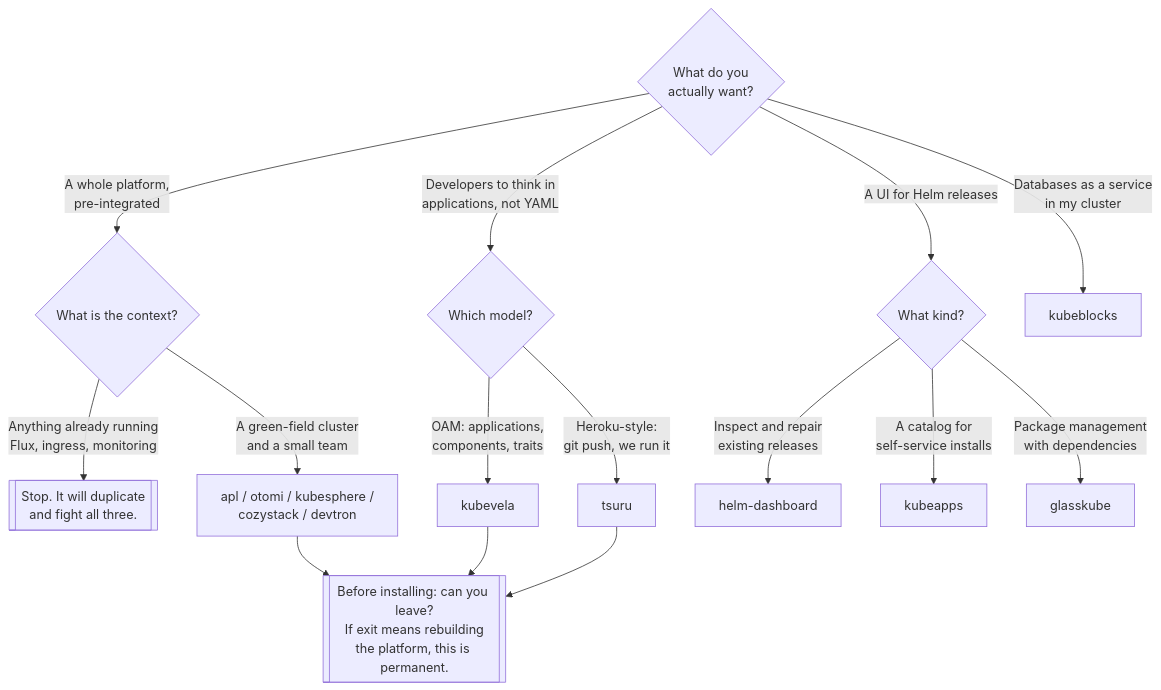
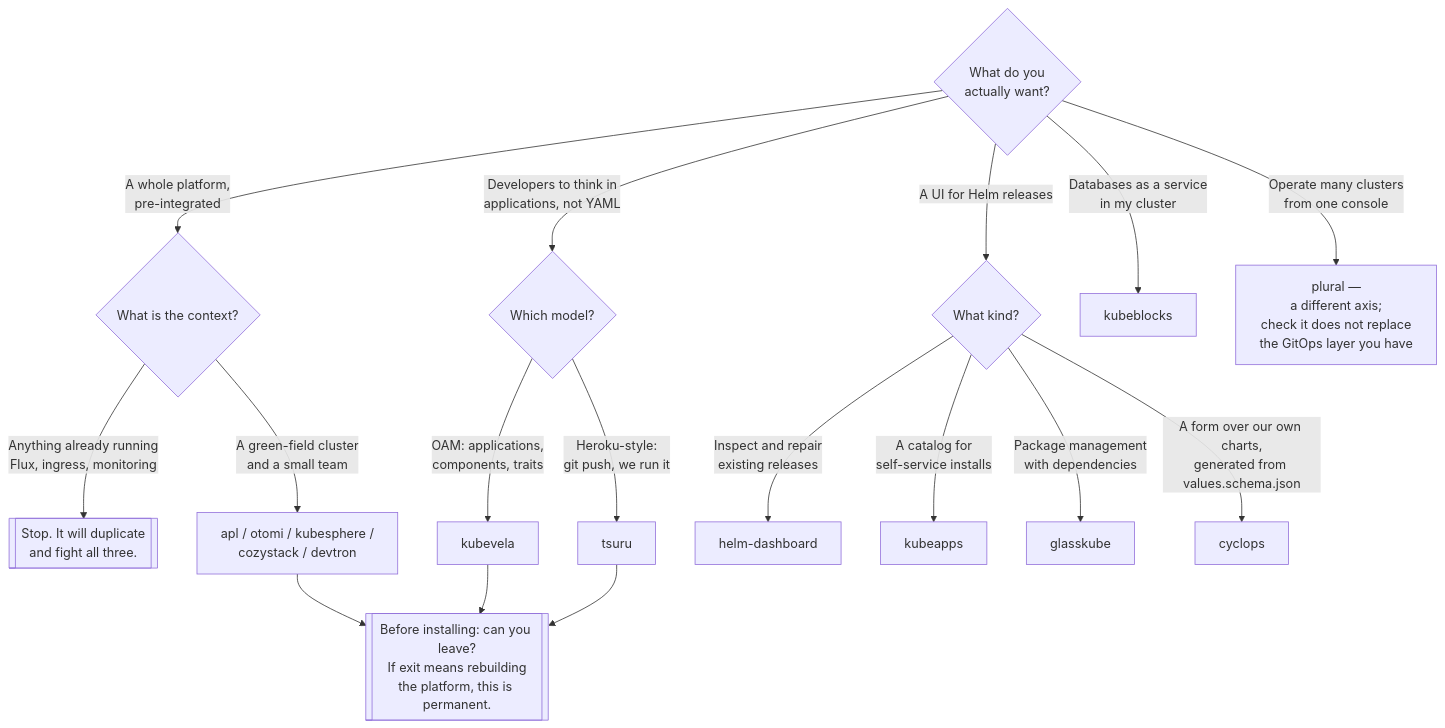
One commit to andreyolv/pikakube changed the diagram in infrastructure/platform-engineering/kubernetes/managed/platforms/README.md. Above: the diagram before and after it, drawn with Mermaid. The commit also changed other lines of this file and 32 other files, not shown here.

````diff
--- a/infrastructure/platform-engineering/kubernetes/managed/platforms/README.md
+++ b/infrastructure/platform-engineering/kubernetes/managed/platforms/README.md
@@ -79,24 +86,27 @@
 ```mermaid
 flowchart TD
     START{What do you<br/>actually want?}
 
     START -->|"A whole platform,<br/>pre-integrated"| FULL{What is the context?}
     START -->|"Developers to think in<br/>applications, not YAML"| ABS{Which model?}
     START -->|"A UI for Helm releases"| PKG{What kind?}
     START -->|"Databases as a service<br/>in my cluster"| KB["kubeblocks"]
 
     FULL -->|"Anything already running<br/>Flux, ingress, monitoring"| STOP[["Stop. It will duplicate<br/>and fight all three."]]
     FULL -->|"A green-field cluster<br/>and a small team"| PICK["apl / otomi / kubesphere /<br/>cozystack / devtron"]
 
     ABS -->|"OAM: applications,<br/>components, traits"| VELA["kubevela"]
     ABS -->|"Heroku-style:<br/>git push, we run it"| TSURU["tsuru"]
 
     PKG -->|"Inspect and repair<br/>existing releases"| HD["helm-dashboard"]
     PKG -->|"A catalog for<br/>self-service installs"| KA["kubeapps"]
     PKG -->|"Package management<br/>with dependencies"| GK["glasskube"]
+    PKG -->|"A form over our own charts,<br/>generated from values.schema.json"| CY["cyclops"]
+
+    START -->|"Operate many clusters<br/>from one console"| FLEET["plural —<br/>a different axis;<br/>check it does not replace<br/>the GitOps layer you have"]
 
     PICK --> EXIT
     VELA --> EXIT
     TSURU --> EXIT
     EXIT[["Before installing: can you leave?<br/>If exit means rebuilding<br/>the platform, this is permanent."]]
 ```
````
